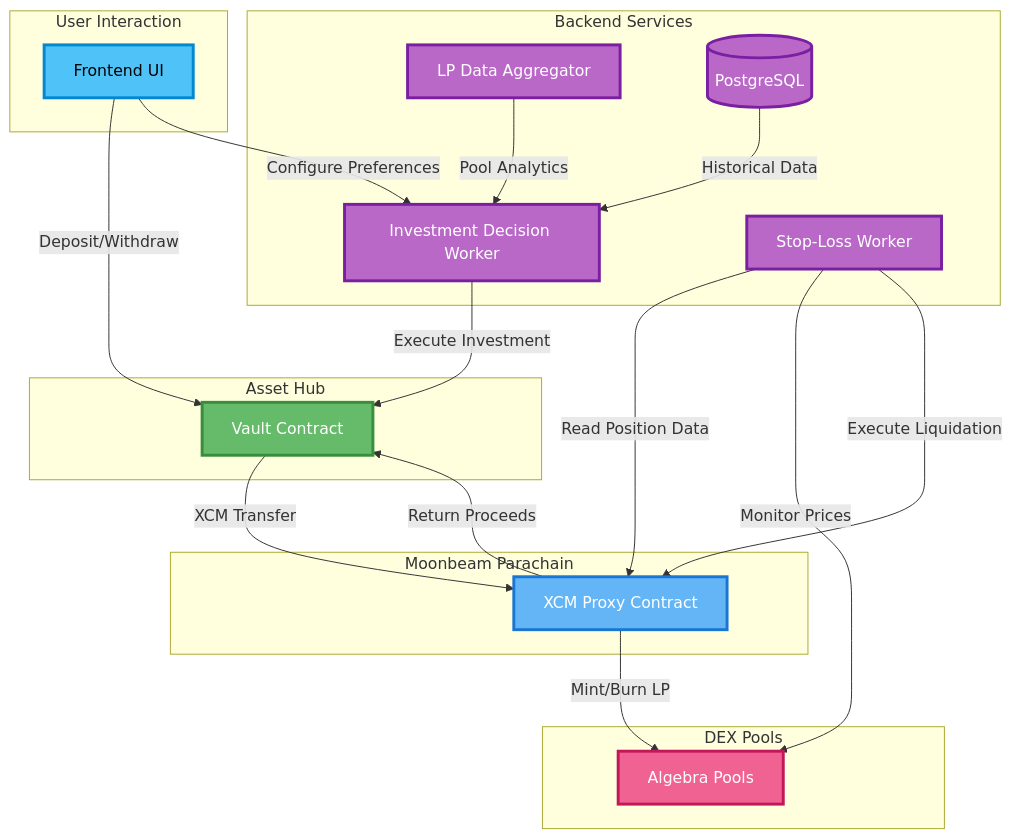
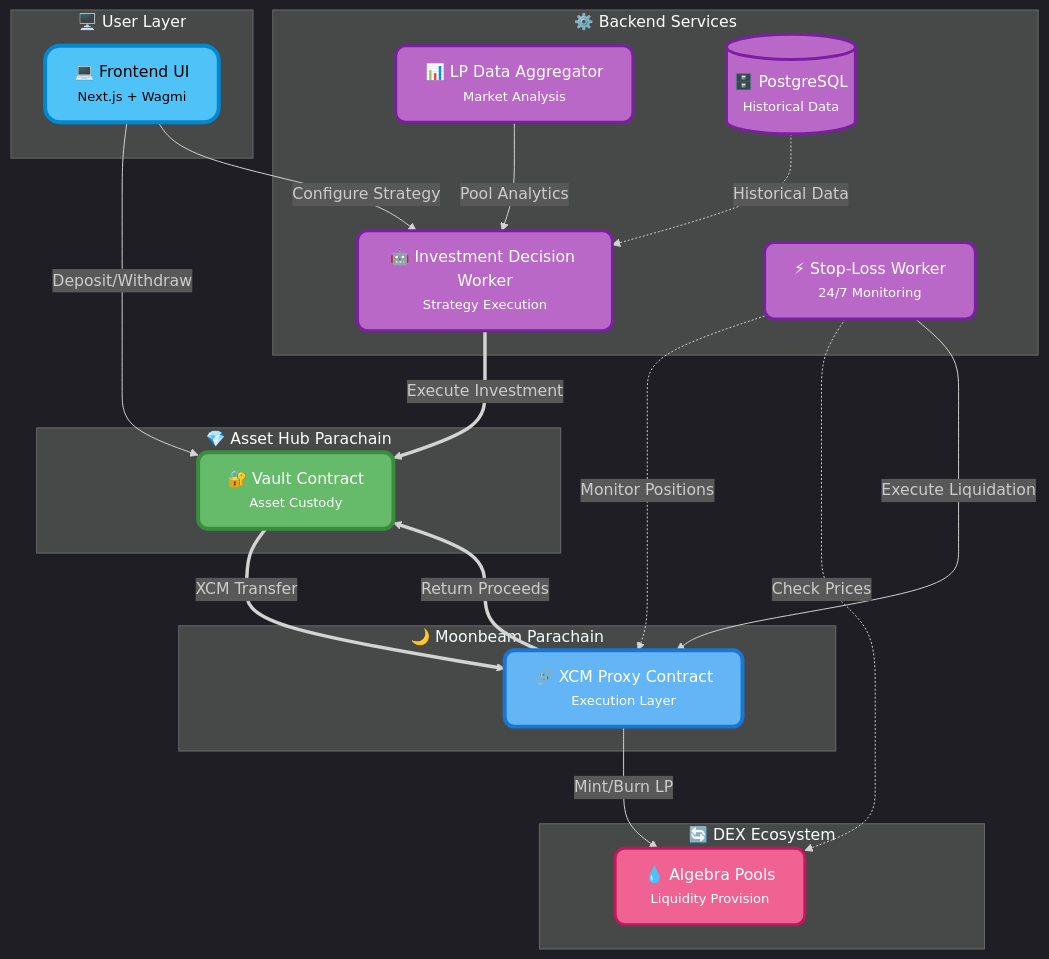
One commit to gabikreal1/LiquiDOT changed the diagram in gitbook/basics/architecture.md. Above: the diagram before and after it, drawn with Mermaid. The commit also changed 5 other files, not shown here.

````diff
--- a/gitbook/basics/architecture.md
+++ b/gitbook/basics/architecture.md
@@ -11,42 +11,50 @@
 ```mermaid
+%%{init: {'theme':'dark', 'themeVariables': { 'fontSize':'16px'}}}%%
 graph TB
-    subgraph User[User Interaction]
-        Frontend[Frontend UI]
+    subgraph User["🖥️ User Layer"]
+        Frontend["💻 Frontend UI<br/><small>Next.js + Wagmi</small>"]
     end
-    subgraph Backend[Backend Services]
-        PoolAnalytics[LP Data Aggregator]
-        IDWorker[Investment Decision Worker]
-        StopLossWorker[Stop-Loss Worker]
-        PostgreSQL[(PostgreSQL)]
+    
+    subgraph Backend["⚙️ Backend Services"]
+        PoolAnalytics["📊 LP Data Aggregator<br/><small>Market Analysis</small>"]
+        IDWorker["🤖 Investment Decision Worker<br/><small>Strategy Execution</small>"]
+        StopLossWorker["⚡ Stop-Loss Worker<br/><small>24/7 Monitoring</small>"]
+        PostgreSQL[("🗄️ PostgreSQL<br/><small>Historical Data</small>")]
     end
-    subgraph AssetHub[Asset Hub]
-        AssetsPallet[Vault Contract]
+    
+    subgraph AssetHub["💎 Asset Hub Parachain"]
+        AssetsPallet["🔐 Vault Contract<br/><small>Asset Custody</small>"]
     end
-    subgraph Moonbeam[Moonbeam Parachain]
-        XCMProxy[XCM Proxy Contract]
+    
+    subgraph Moonbeam["🌙 Moonbeam Parachain"]
+        XCMProxy["🔗 XCM Proxy Contract<br/><small>Execution Layer</small>"]
     end
-    subgraph DEXes[DEX Pools]
-        AlgebraPools[Algebra Pools]
+    
+    subgraph DEXes["🔄 DEX Ecosystem"]
+        AlgebraPools["💧 Algebra Pools<br/><small>Liquidity Provision</small>"]
     end
+    
     Frontend -->|Deposit/Withdraw| AssetsPallet
-    Frontend -->|Configure Preferences| IDWorker
-    PostgreSQL -->|Historical Data| IDWorker
+    Frontend -->|Configure Strategy| IDWorker
+    PostgreSQL -.->|Historical Data| IDWorker
     PoolAnalytics -->|Pool Analytics| IDWorker
-    IDWorker -->|Execute Investment| AssetsPallet
-    AssetsPallet -->|XCM Transfer| XCMProxy
+    IDWorker ==>|Execute Investment| AssetsPallet
+    AssetsPallet ==>|XCM Transfer| XCMProxy
     XCMProxy -->|Mint/Burn LP| AlgebraPools
-    XCMProxy -->|Return Proceeds| AssetsPallet
-    StopLossWorker -->|Read Position Data| XCMProxy
-    StopLossWorker -->|Monitor Prices| AlgebraPools
+    XCMProxy ==>|Return Proceeds| AssetsPallet
+    StopLossWorker -.->|Monitor Positions| XCMProxy
+    StopLossWorker -.->|Check Prices| AlgebraPools
     StopLossWorker -->|Execute Liquidation| XCMProxy
-    classDef userLayer fill:#4fc3f7,stroke:#0288d1,stroke-width:3px,color:#000
-    classDef backendLayer fill:#ba68c8,stroke:#7b1fa2,stroke-width:3px,color:#fff
-    classDef assetHubLayer fill:#66bb6a,stroke:#388e3c,stroke-width:3px,color:#fff
-    classDef moonbeamLayer fill:#64b5f6,stroke:#1976d2,stroke-width:3px,color:#fff
-    classDef dexLayer fill:#f06292,stroke:#c2185b,stroke-width:3px,color:#fff
+    
+    classDef userLayer fill:#4fc3f7,stroke:#0288d1,stroke-width:4px,color:#000,rx:15,ry:15
+    classDef backendLayer fill:#ba68c8,stroke:#7b1fa2,stroke-width:3px,color:#fff,rx:10,ry:10
+    classDef assetHubLayer fill:#66bb6a,stroke:#388e3c,stroke-width:4px,color:#fff,rx:10,ry:10
+    classDef moonbeamLayer fill:#64b5f6,stroke:#1976d2,stroke-width:4px,color:#fff,rx:10,ry:10
+    classDef dexLayer fill:#f06292,stroke:#c2185b,stroke-width:3px,color:#fff,rx:10,ry:10
+    
     class Frontend userLayer
     class PoolAnalytics,IDWorker,StopLossWorker,PostgreSQL backendLayer
     class AssetsPallet assetHubLayer
     class XCMProxy moonbeamLayer
     class AlgebraPools dexLayer
 ```
````
